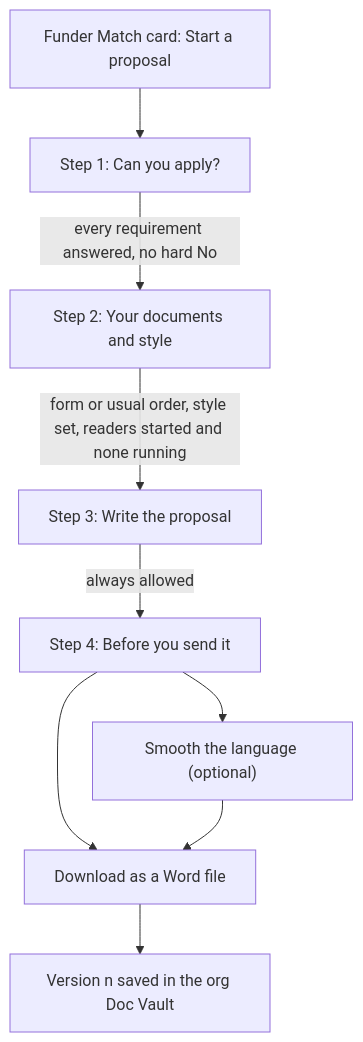
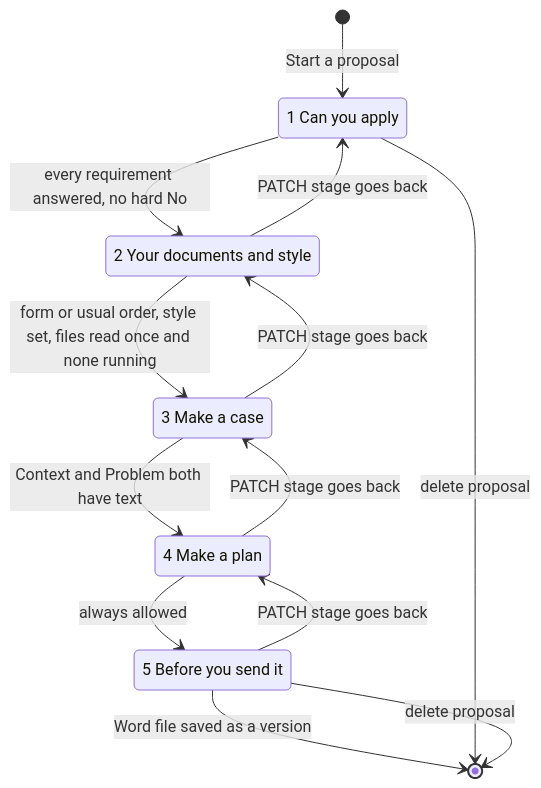
Before and after one commit to project-tech4dev/sangam: the first of 2 diagrams in openwiki/workflows/proposal-lifecycle.md, drawn with Mermaid. The commit also changed other lines of this file and 107 other files, not shown here.

````diff
--- a/openwiki/workflows/proposal-lifecycle.md
+++ b/openwiki/workflows/proposal-lifecycle.md
@@ -92,11 +116,20 @@
 ```mermaid
-flowchart TD
-    A["Funder Match card: Start a proposal"] --> B["Step 1: Can you apply?"]
-    B -->|"every requirement answered, no hard No"| C["Step 2: Your documents and style"]
-    C -->|"form or usual order, style set, readers started and none running"| D["Step 3: Write the proposal"]
-    D -->|"always allowed"| E["Step 4: Before you send it"]
-    E --> F["Smooth the language (optional)"]
-    E --> G["Download as a Word file"]
-    F --> G
-    G --> H["Version n saved in the org Doc Vault"]
+stateDiagram-v2
+    [*] --> S1: Start a proposal
+    S1: 1 Can you apply
+    S2: 2 Your documents and style
+    S3: 3 Make a case
+    S4: 4 Make a plan
+    S5: 5 Before you send it
+    S1 --> S2: every requirement answered, no hard No
+    S2 --> S3: form or usual order, style set, files read once and none running
+    S3 --> S4: Context and Problem both have text
+    S4 --> S5: always allowed
+    S2 --> S1: PATCH stage goes back
+    S3 --> S2: PATCH stage goes back
+    S4 --> S3: PATCH stage goes back
+    S5 --> S4: PATCH stage goes back
+    S5 --> [*]: Word file saved as a version
+    S1 --> [*]: delete proposal
+    S5 --> [*]: delete proposal
 ```
````
